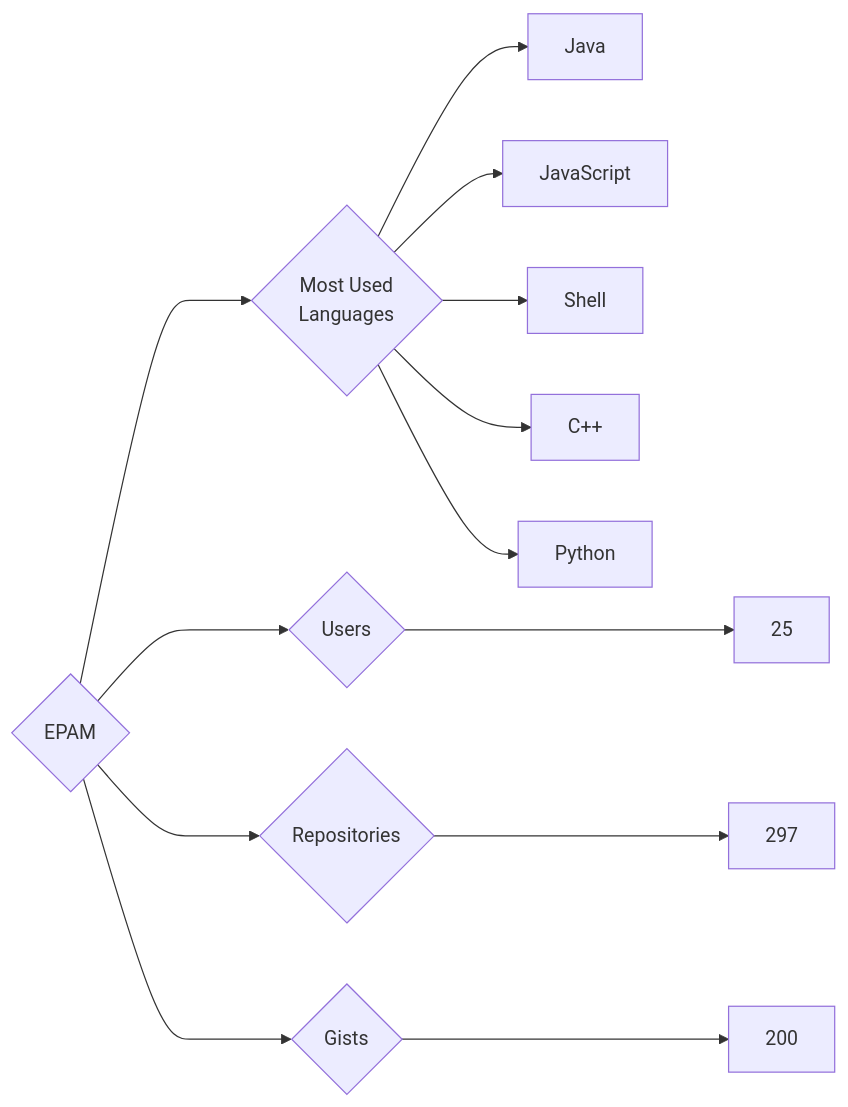
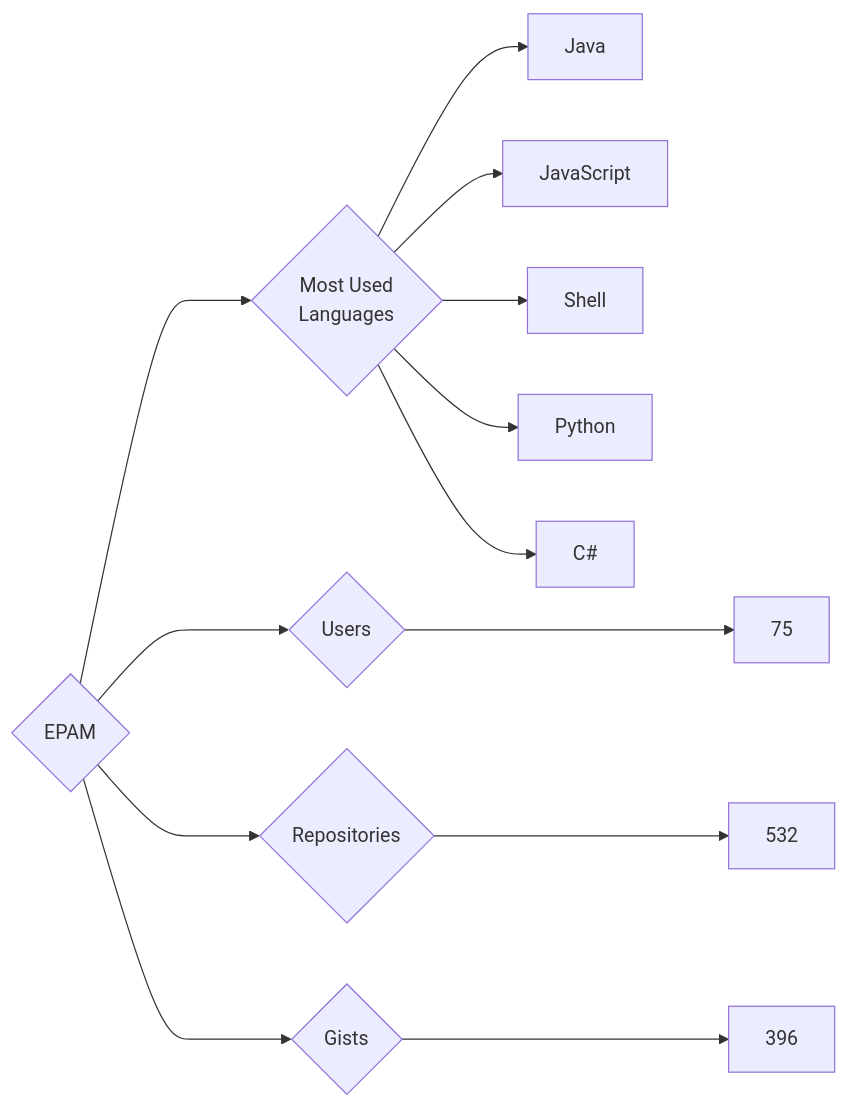
Before and after one commit to trickest/insiders: the diagram in targets/EPAM/README.md, drawn with Mermaid. The commit also changed 657 other files, not shown here.

````diff
--- a/targets/EPAM/README.md
+++ b/targets/EPAM/README.md
@@ -3,13 +3,13 @@
 ```mermaid
 graph LR
 COMPANY_NAME{EPAM}
-COMPANY_NAME ---> U{Users} ---> UN[25]
-COMPANY_NAME ---> R{Repositories} ---> RN[297]
-COMPANY_NAME ---> G{Gists} ---> GN[200]
+COMPANY_NAME ---> U{Users} ---> UN[75]
+COMPANY_NAME ---> R{Repositories} ---> RN[532]
+COMPANY_NAME ---> G{Gists} ---> GN[396]
 COMPANY_NAME ---> ML{Most Used<br>Languages}
 ML --> Java[Java]
 ML --> JavaScript[JavaScript]
 ML --> Shell[Shell]
-ML --> C++[C++]
 ML --> Python[Python]
+ML --> C#[C#]
 ```
````
